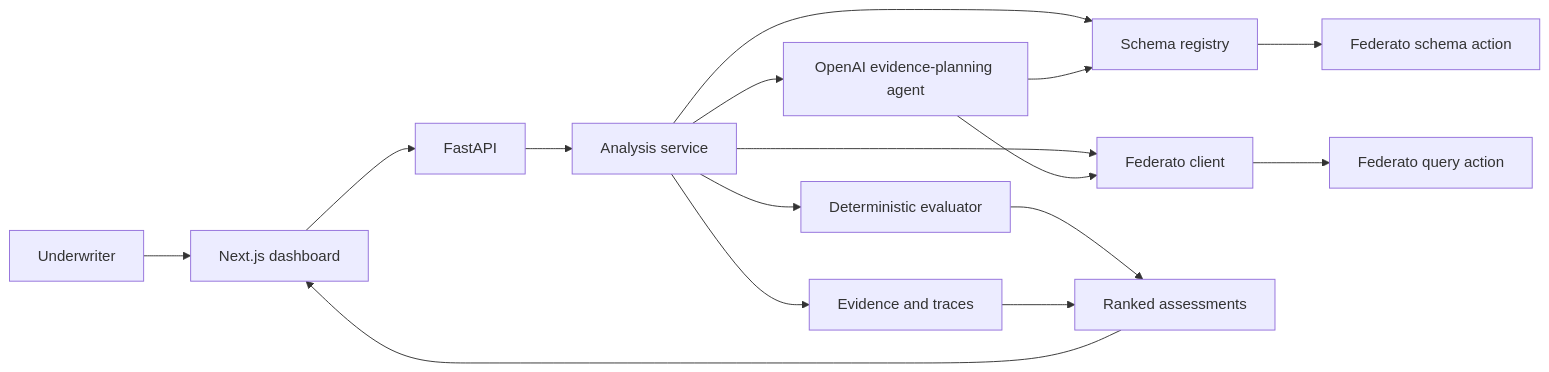
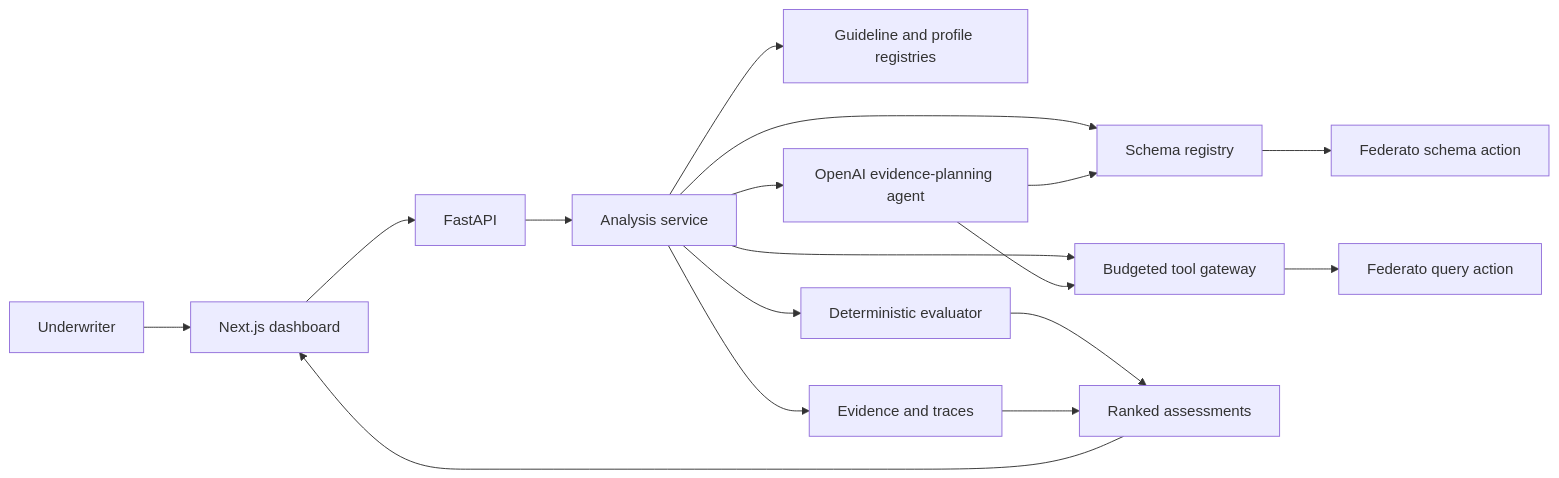
The diagram in README.md (BaronLiu1993/htn-2026), drawn with Mermaid before and after one commit. The commit also changed other lines of this file and 35 other files, not shown here.

````diff
--- a/README.md
+++ b/README.md
@@ -28,18 +31,19 @@
 ```mermaid
 flowchart LR
     U[Underwriter] --> UI[Next.js dashboard]
     UI --> API[FastAPI]
     API --> O[Analysis service]
+    O --> G[Guideline and profile registries]
     O --> A[OpenAI evidence-planning agent]
     O --> S[Schema registry]
-    O --> Q[Federato client]
+    O --> Q[Budgeted tool gateway]
     O --> E[Deterministic evaluator]
     O --> T[Evidence and traces]
     A --> S
     A --> Q
     S --> F[Federato schema action]
     Q --> FQ[Federato query action]
     E --> R[Ranked assessments]
     T --> R
     R --> UI
 ```
````
